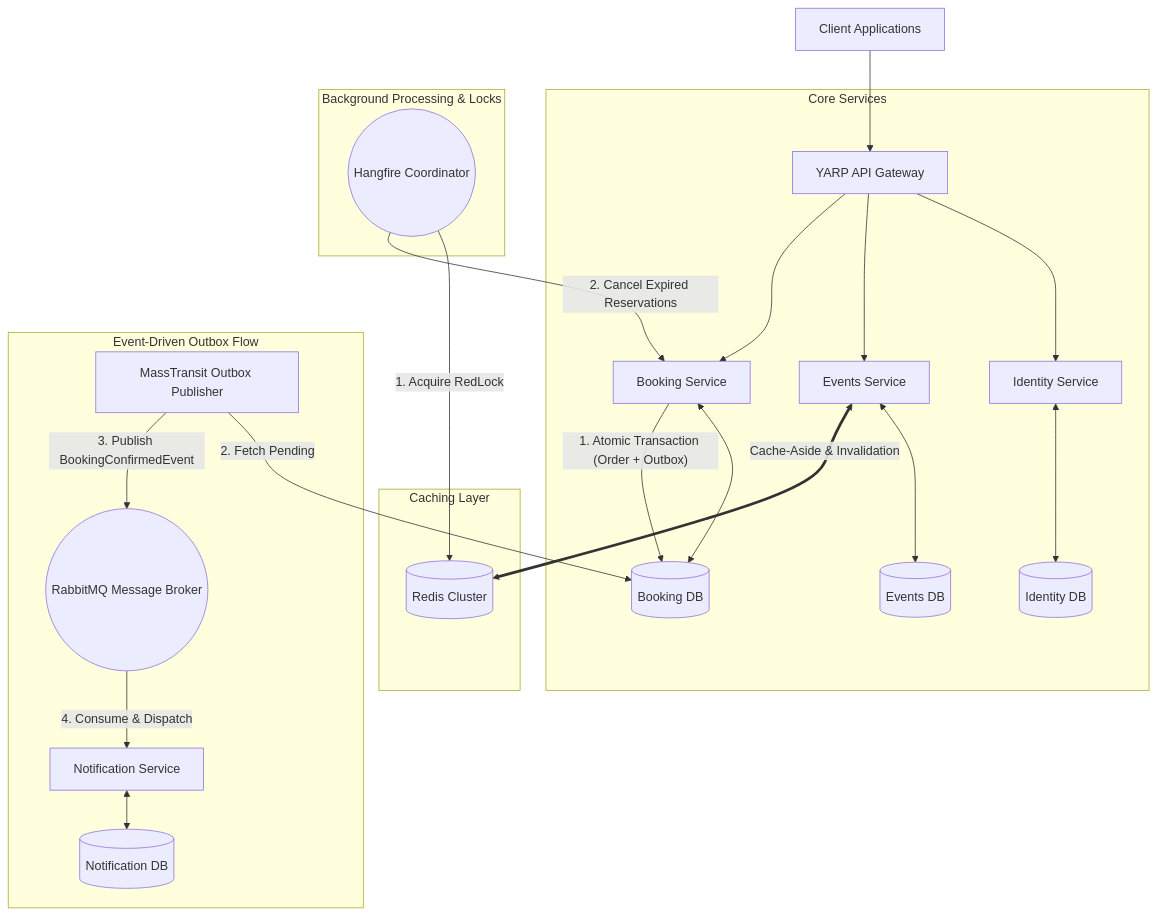
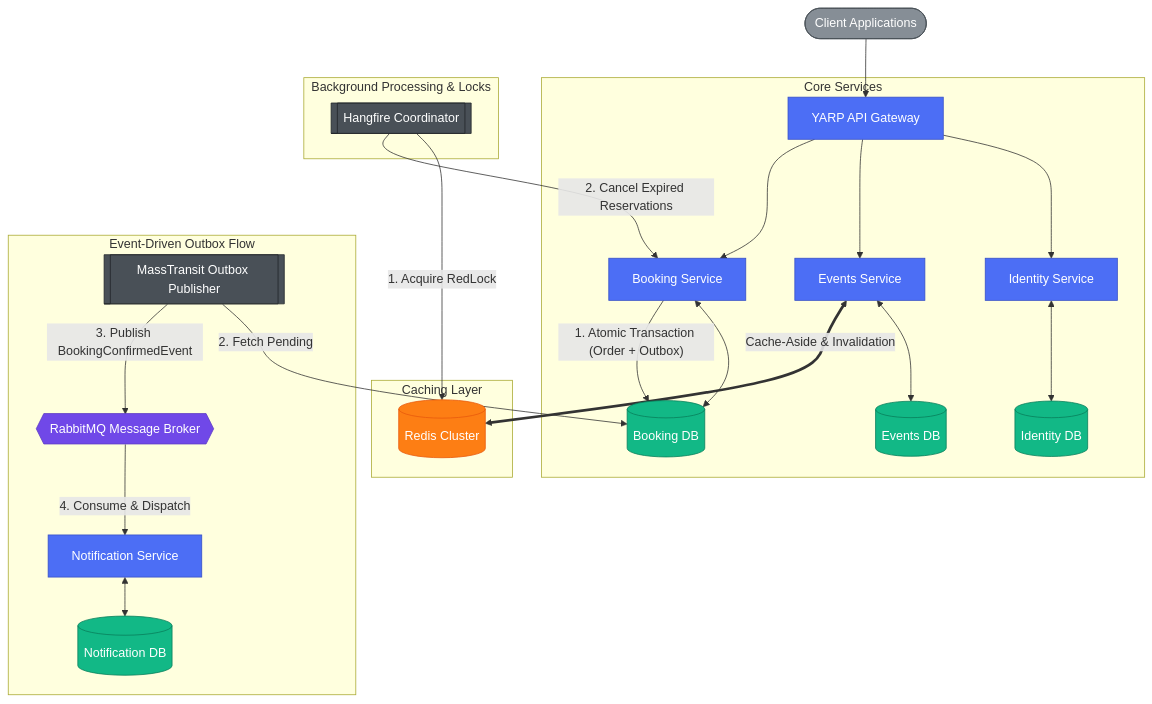
One commit to syyNcgoD/event-bride changed the diagram in README.md. Above: the diagram before and after it, drawn with Mermaid.

Commit message:
docs: add custom colorized Mermaid diagram to README

````diff
--- a/README.md
+++ b/README.md
@@ -35,31 +35,52 @@
 ```mermaid
 graph TD
-    Client[Client Applications] --> GW[YARP API Gateway]
-    
+    Client(["Client Applications"]) --> GW["YARP API Gateway"]
+
     subgraph Services ["Core Services"]
-        GW --> IS[Identity Service]
-        GW --> ES[Events Service]
-        GW --> BS[Booking Service]
-        
-        IS <--> IDB[(Identity DB)]
-        ES <--> EDB[(Events DB)]
-        BS <--> BDB[(Booking DB)]
+        GW --> IS["Identity Service"]
+        GW --> ES["Events Service"]
+        GW --> BS["Booking Service"]
+
+        IS <--> IDB[("Identity DB")]
+        ES <--> EDB[("Events DB")]
+        BS <--> BDB[("Booking DB")]
     end
-    
+
     subgraph Caching ["Caching Layer"]
-        ES <== "Cache-Aside & Invalidation" ==> Redis[(Redis Cluster)]
+        Redis[("Redis Cluster")]
+        ES <==>|"Cache-Aside & Invalidation"| Redis
     end
 
     subgraph Messaging ["Event-Driven Outbox Flow"]
+        OutboxWorker[["MassTransit Outbox Publisher"]]
+        RMQ{{"RabbitMQ Message Broker"}}
+        NS["Notification Service"]
+        NDB[("Notification DB")]
+
         BS -- "1. Atomic Transaction (Order + Outbox)" --> BDB
-        OutboxWorker[MassTransit Outbox Publisher] -- "2. Fetch Pending" --> BDB
-        OutboxWorker -- "3. Publish BookingConfirmedEvent" --> RMQ((RabbitMQ Message Broker))
-        RMQ -- "4. Consume & Dispatch" --> NS[Notification Service]
-        NS <--> NDB[(Notification DB)]
+        OutboxWorker -- "2. Fetch Pending" --> BDB
+        OutboxWorker -- "3. Publish BookingConfirmedEvent" --> RMQ
+        RMQ -- "4. Consume & Dispatch" --> NS
+        NS <--> NDB
     end
 
     subgraph Background ["Background Processing & Locks"]
-        Hangfire((Hangfire Coordinator)) -- "1. Acquire RedLock" --> Redis
+        Hangfire[["Hangfire Coordinator"]]
+        Hangfire -- "1. Acquire RedLock" --> Redis
         Hangfire -- "2. Cancel Expired Reservations" --> BS
     end
+
+    classDef service fill:#4C6EF5,stroke:#364FC7,color:#fff
+    classDef database fill:#12B886,stroke:#087F5B,color:#fff
+    classDef cache fill:#FD7E14,stroke:#E8590C,color:#fff
+    classDef broker fill:#7048E8,stroke:#5F3DC4,color:#fff
+    classDef worker fill:#495057,stroke:#212529,color:#fff
+    classDef client fill:#868E96,stroke:#495057,color:#fff
+
+    class Client client
+    class GW,IS,ES,BS,NS service
+    class IDB,EDB,BDB,NDB database
+    class Redis cache
+    class RMQ broker
+    class OutboxWorker,Hangfire worker
 ```
````
